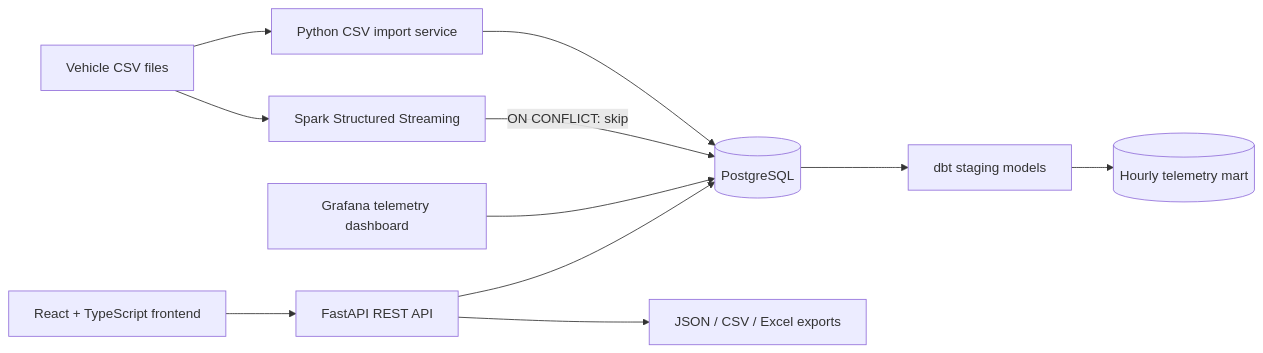
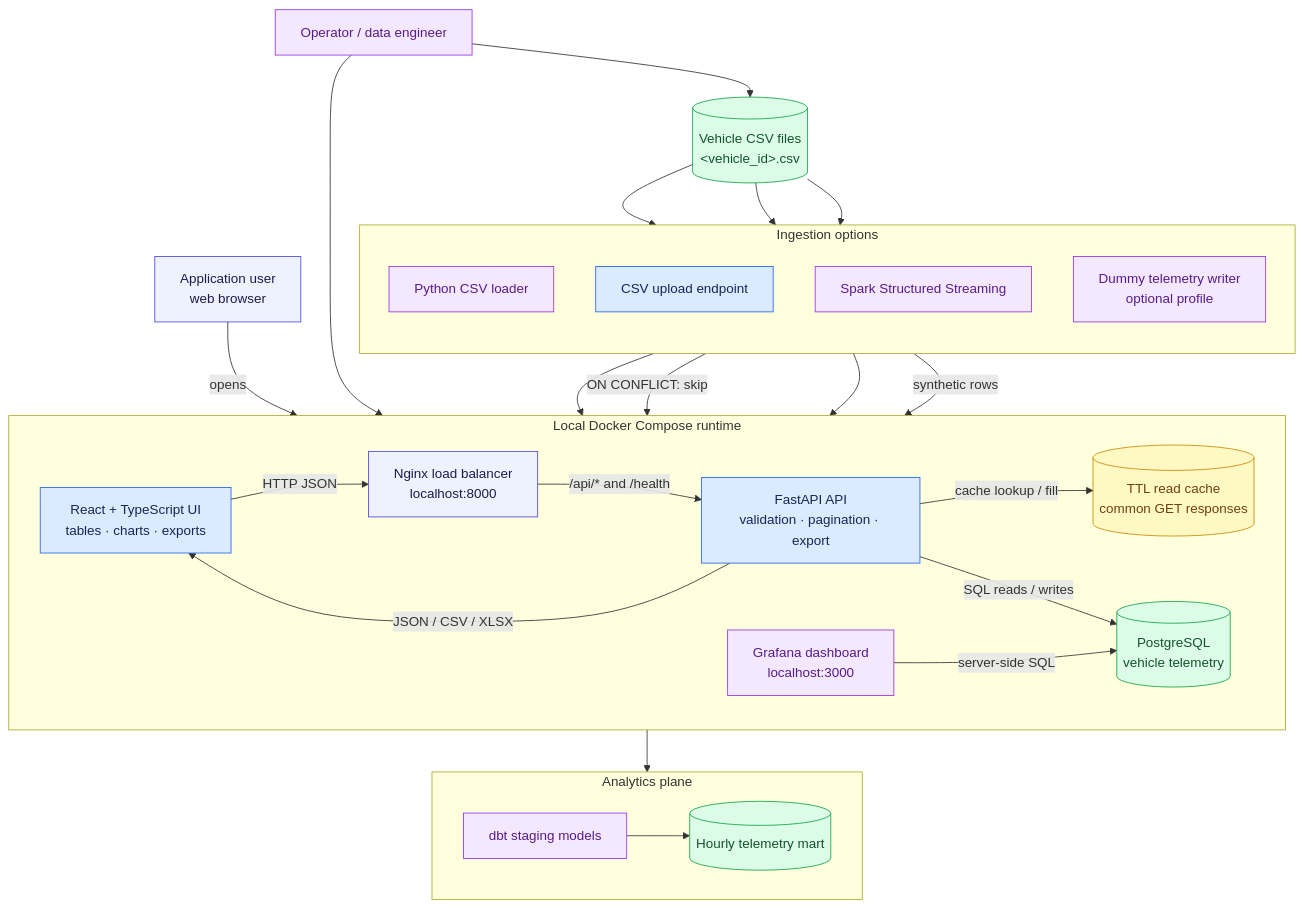
One commit to MDSYN2019/volteras_test changed the diagram in README.md. Above: the diagram before and after it, drawn with Mermaid. The commit also changed other lines of this file and 10 other files, not shown here.

Commit message:
Polish system architecture documentation

````diff
--- a/README.md
+++ b/README.md
@@ -27,15 +30,53 @@
 ```mermaid
-flowchart LR
-    CSV[Vehicle CSV files] --> Loader[Python CSV import service]
-    CSV --> Spark[Spark Structured Streaming]
-    Loader --> DB[(PostgreSQL)]
-    Spark -->|ON CONFLICT: skip| DB
+flowchart TB
+    classDef edge fill:#eef2ff,stroke:#4f46e5,color:#1e1b4b;
+    classDef app fill:#dbeafe,stroke:#2563eb,color:#172554;
+    classDef cache fill:#fef9c3,stroke:#ca8a04,color:#713f12;
+    classDef data fill:#dcfce7,stroke:#16a34a,color:#14532d;
+    classDef ops fill:#f3e8ff,stroke:#9333ea,color:#581c87;
 
-    UI[React + TypeScript frontend] --> API[FastAPI REST API]
-    Grafana[Grafana telemetry dashboard] --> DB
-    API --> DB
+    User[Application user<br/>web browser]:::edge
+    Operator[Operator / data engineer]:::ops
+    CSV[(Vehicle CSV files<br/>&lt;vehicle_id&gt;.csv)]:::data
 
-    API --> Export[JSON / CSV / Excel exports]
-    DB --> dbt[dbt staging models]
-    dbt --> Mart[(Hourly telemetry mart)]
+    subgraph Runtime[Local Docker Compose runtime]
+        direction LR
+        UI[React + TypeScript UI<br/>tables · charts · exports]:::app
+        LB[Nginx load balancer<br/>localhost:8000]:::edge
+        API[FastAPI API<br/>validation · pagination · export]:::app
+        Cache[(TTL read cache<br/>common GET responses)]:::cache
+        DB[(PostgreSQL<br/>vehicle telemetry)]:::data
+        Grafana[Grafana dashboard<br/>localhost:3000]:::ops
+    end
+
+    subgraph Ingestion[Ingestion options]
+        direction TB
+        Loader[Python CSV loader]:::ops
+        Upload[CSV upload endpoint]:::app
+        Spark[Spark Structured Streaming]:::ops
+        Dummy[Dummy telemetry writer<br/>optional profile]:::ops
+    end
+
+    subgraph Analytics[Analytics plane]
+        direction LR
+        dbt[dbt staging models]:::ops
+        Mart[(Hourly telemetry mart)]:::data
+    end
+
+    User -->|opens| UI
+    UI -->|HTTP JSON| LB
+    LB -->|/api/* and /health| API
+    API -->|cache lookup / fill| Cache
+    API -->|SQL reads / writes| DB
+    API -->|JSON / CSV / XLSX| UI
+    Grafana -->|server-side SQL| DB
+
+    Operator --> CSV
+    CSV --> Loader --> DB
+    CSV --> Spark -->|ON CONFLICT: skip| DB
+    CSV --> Upload --> API
+    Dummy -->|synthetic rows| DB
+
+    DB --> dbt --> Mart
+    Operator --> Grafana
 ```
````
